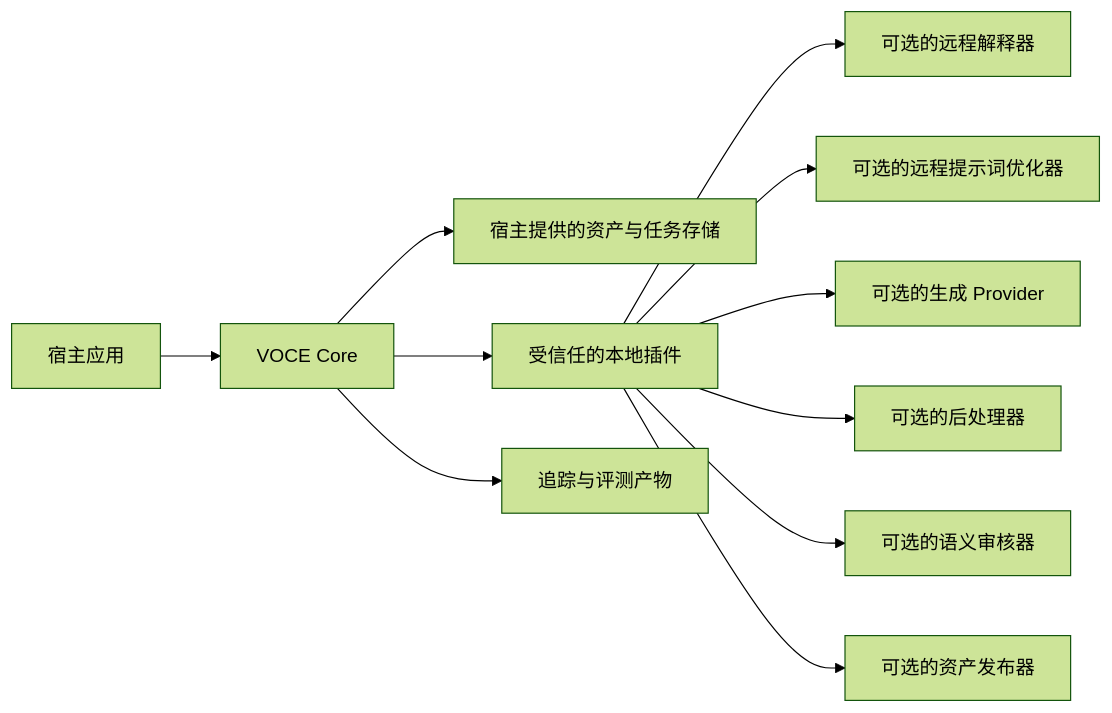
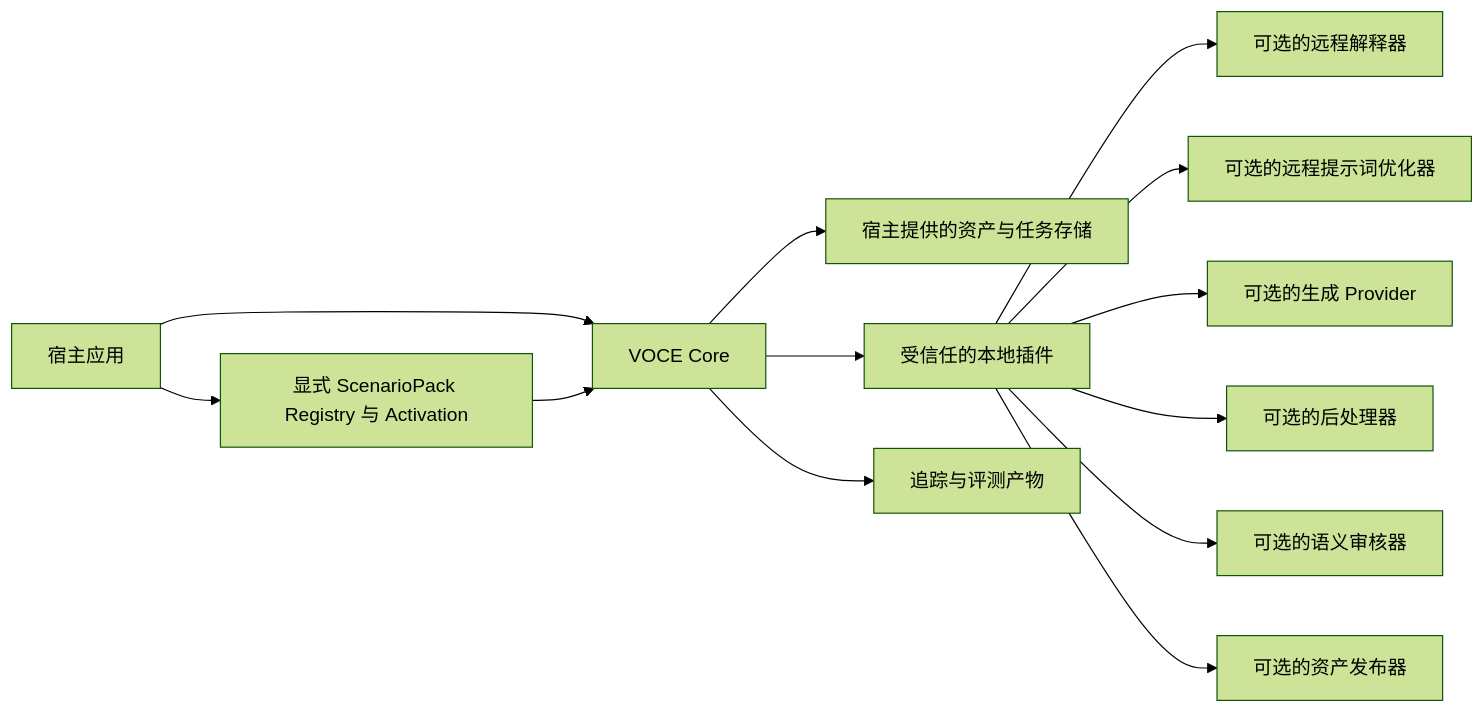
Before and after one commit to windforce19820520-ai/visual-ontology-constraint-engine: the first of 3 diagrams in docs/zh-CN/system-design.md, drawn with Mermaid (forest theme). The commit also changed other lines of this file and 16 other files, not shown here.

Commit message:
docs: define extensible scenario pack contracts

````diff
--- a/docs/zh-CN/system-design.md
+++ b/docs/zh-CN/system-design.md
@@ -79,13 +81,15 @@
 ```mermaid
 flowchart LR
     UI["宿主应用"] --> CORE["VOCE Core"]
+    UI --> SCENARIOS["显式 ScenarioPack Registry 与 Activation"]
+    SCENARIOS --> CORE
     CORE --> STORE["宿主提供的资产与任务存储"]
     CORE --> PLUGINS["受信任的本地插件"]
     PLUGINS --> ANALYZER["可选的远程解释器"]
     PLUGINS --> OPT["可选的远程提示词优化器"]
     PLUGINS --> GEN["可选的生成 Provider"]
     PLUGINS --> POST["可选的后处理器"]
     PLUGINS --> REVIEW["可选的语义审核器"]
     PLUGINS --> PUBLISH["可选的资产发布器"]
     CORE --> REPORT["追踪与评测产物"]
 ```
````
